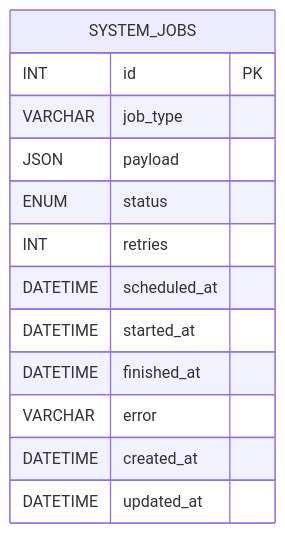
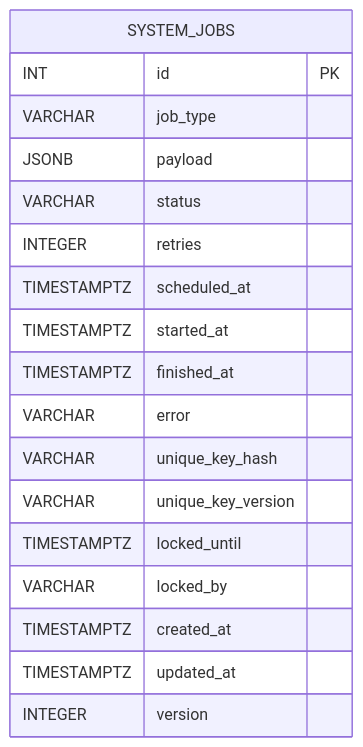
One commit to blackcatdatabase/table-system-jobs changed the diagram in README.md. Above: the diagram before and after it, drawn with Mermaid. The commit also changed other lines of this file and 26 other files, not shown here.

First line of the commit message:
Regen schema (#1)

````diff
--- a/README.md
+++ b/README.md
@@ -54,16 +62,21 @@
 ```mermaid
 erDiagram
   SYSTEM_JOBS {
     INT id PK
     VARCHAR job_type
-    JSON payload
-    ENUM status
-    INT retries
-    DATETIME scheduled_at
-    DATETIME started_at
-    DATETIME finished_at
+    JSONB payload
+    VARCHAR status
+    INTEGER retries
+    TIMESTAMPTZ scheduled_at
+    TIMESTAMPTZ started_at
+    TIMESTAMPTZ finished_at
     VARCHAR error
-    DATETIME created_at
-    DATETIME updated_at
+    VARCHAR unique_key_hash
+    VARCHAR unique_key_version
+    TIMESTAMPTZ locked_until
+    VARCHAR locked_by
+    TIMESTAMPTZ created_at
+    TIMESTAMPTZ updated_at
+    INTEGER version
   }
 ```
````
